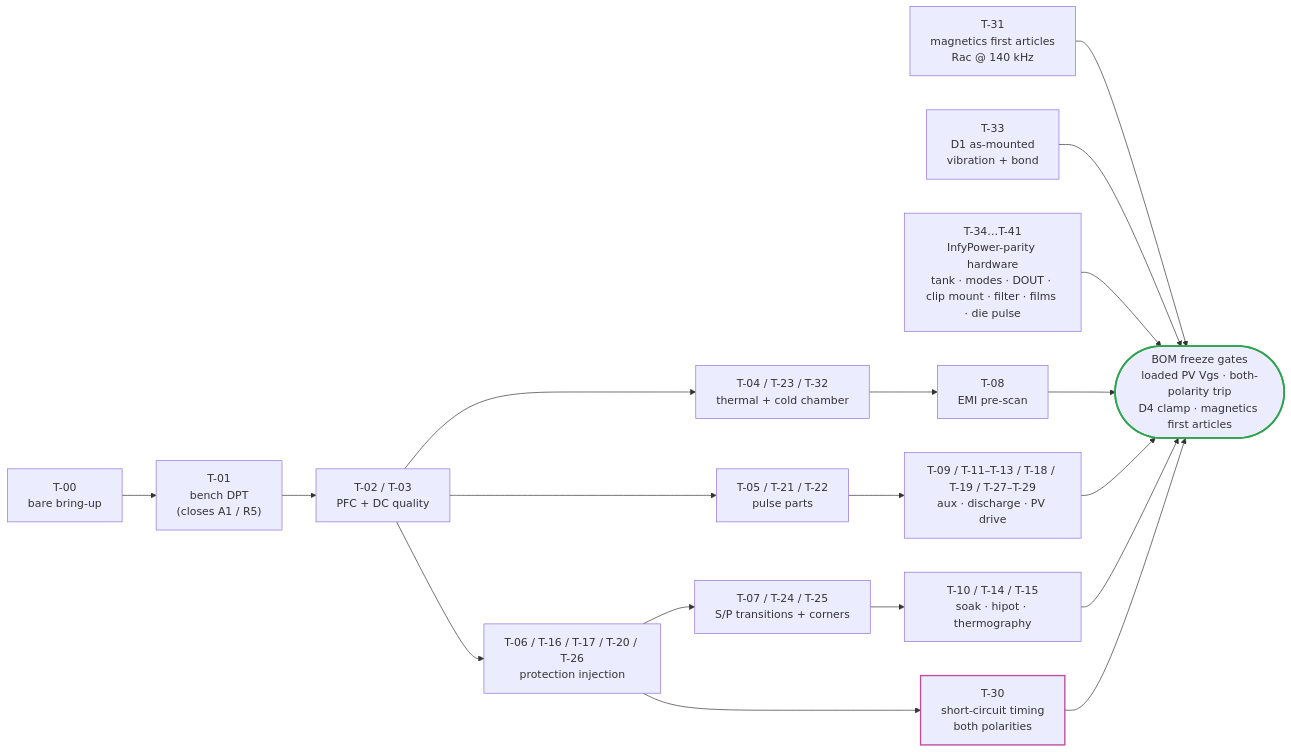
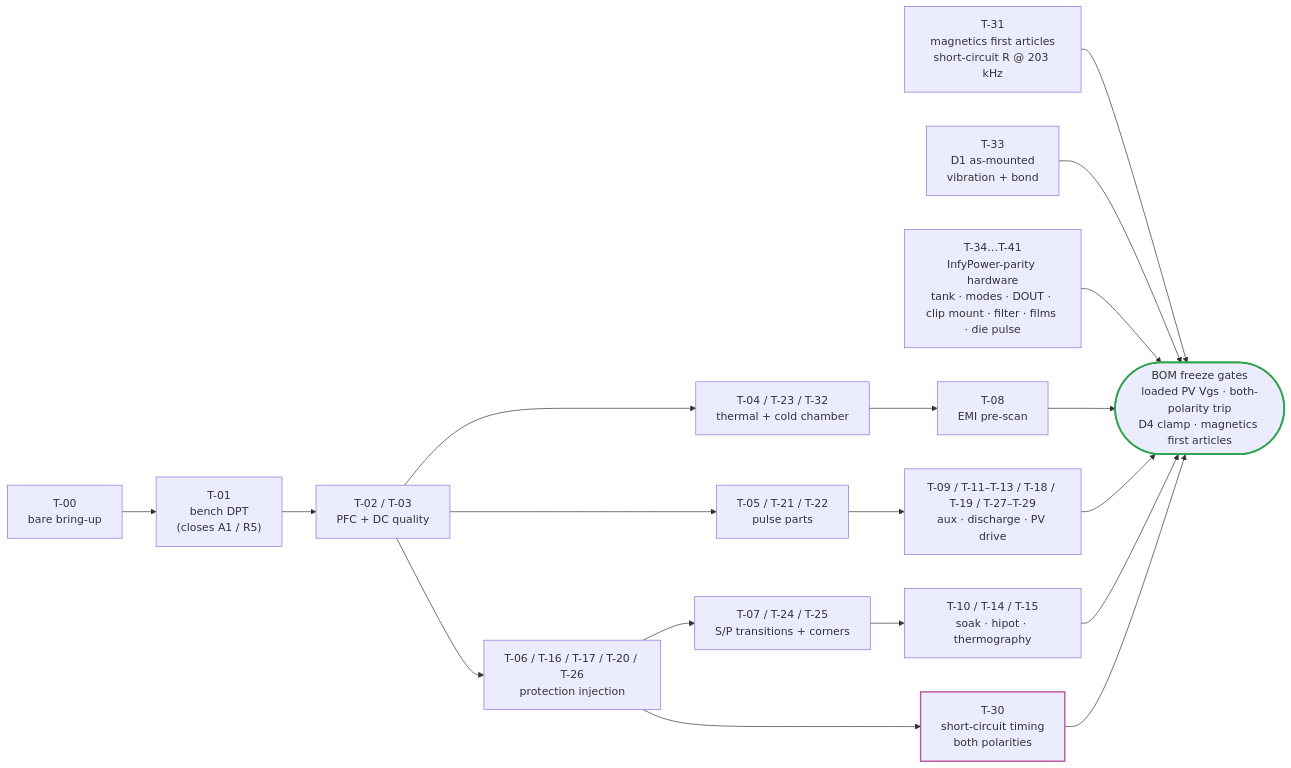
The second of 2 diagrams in docs/evt-plan.md (vectivolt/DC-Modules), drawn with Mermaid before and after one commit. The commit also changed other lines of this file and 82 other files, not shown here.

````diff
--- a/docs/evt-plan.md
+++ b/docs/evt-plan.md
@@ -58,22 +58,22 @@
 ```mermaid
 flowchart LR
   A["T-00<br/>bare bring-up"] --> B["T-01<br/>bench DPT<br/>(closes A1 / R5)"]
   B --> C["T-02 / T-03<br/>PFC + DC quality"]
   C --> D["T-04 / T-23 / T-32<br/>thermal + cold chamber"]
   C --> E["T-05 / T-21 / T-22<br/>pulse parts"]
   C --> F["T-06 / T-16 / T-17 / T-20 / T-26<br/>protection injection"]
   F --> SC["T-30<br/>short-circuit timing<br/>both polarities"]
   F --> G["T-07 / T-24 / T-25<br/>S/P transitions + corners"]
   D --> H["T-08<br/>EMI pre-scan"]
   E --> I["T-09 / T-11–T-13 / T-18 / T-19 / T-27–T-29<br/>aux · discharge · PV drive"]
   G --> J["T-10 / T-14 / T-15<br/>soak · hipot · thermography"]
-  M["T-31<br/>magnetics first articles<br/>Rac @ 140 kHz"] --> K
+  M["T-31<br/>magnetics first articles<br/>short-circuit R @ 203 kHz"] --> K
   VB["T-33<br/>D1 as-mounted<br/>vibration + bond"] --> K
   IP["T-34…T-41<br/>InfyPower-parity hardware<br/>tank · modes · DOUT · clip mount · filter · films · die pulse"] --> K
   H --> K(["BOM freeze gates<br/>loaded PV Vgs · both-polarity trip<br/>D4 clamp · magnetics first articles"])
   I --> K
   J --> K
   SC --> K
   style K stroke:#2ea44f,stroke-width:2.5px
   style SC stroke:#bc4e9c,stroke-width:2px
 ```
````
